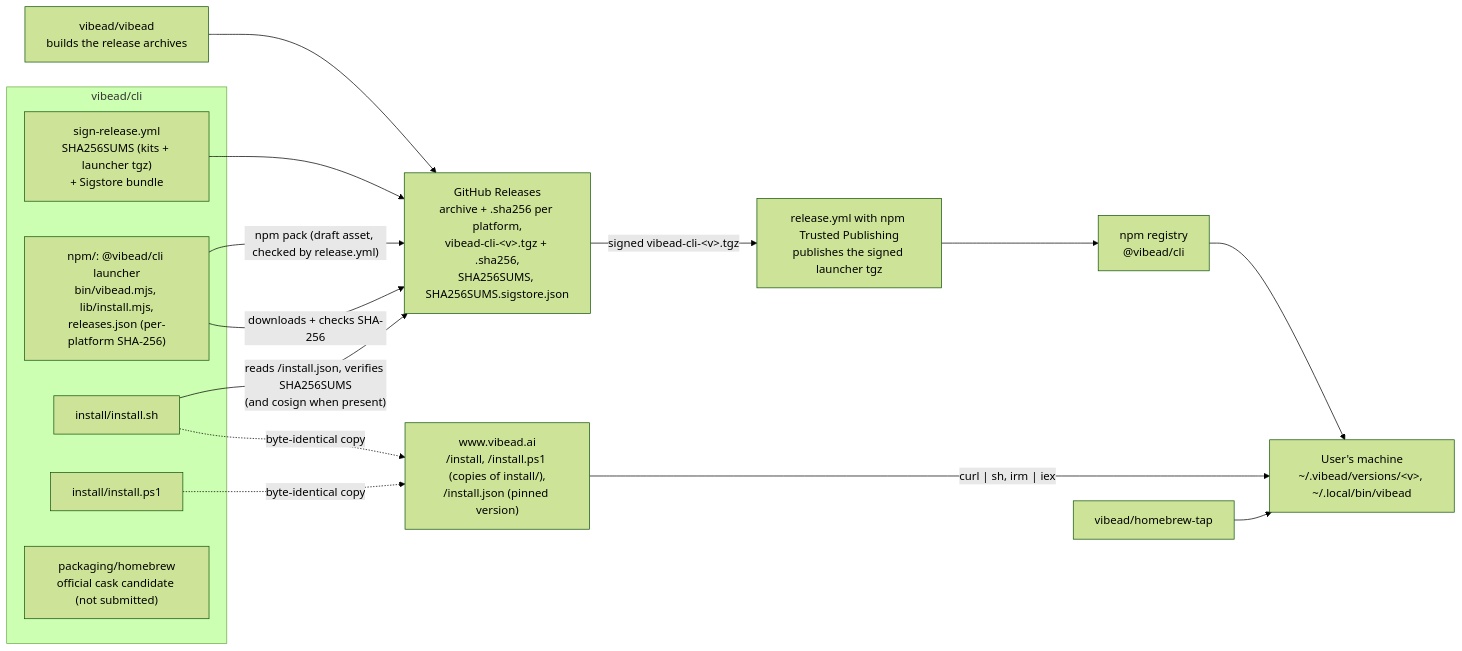
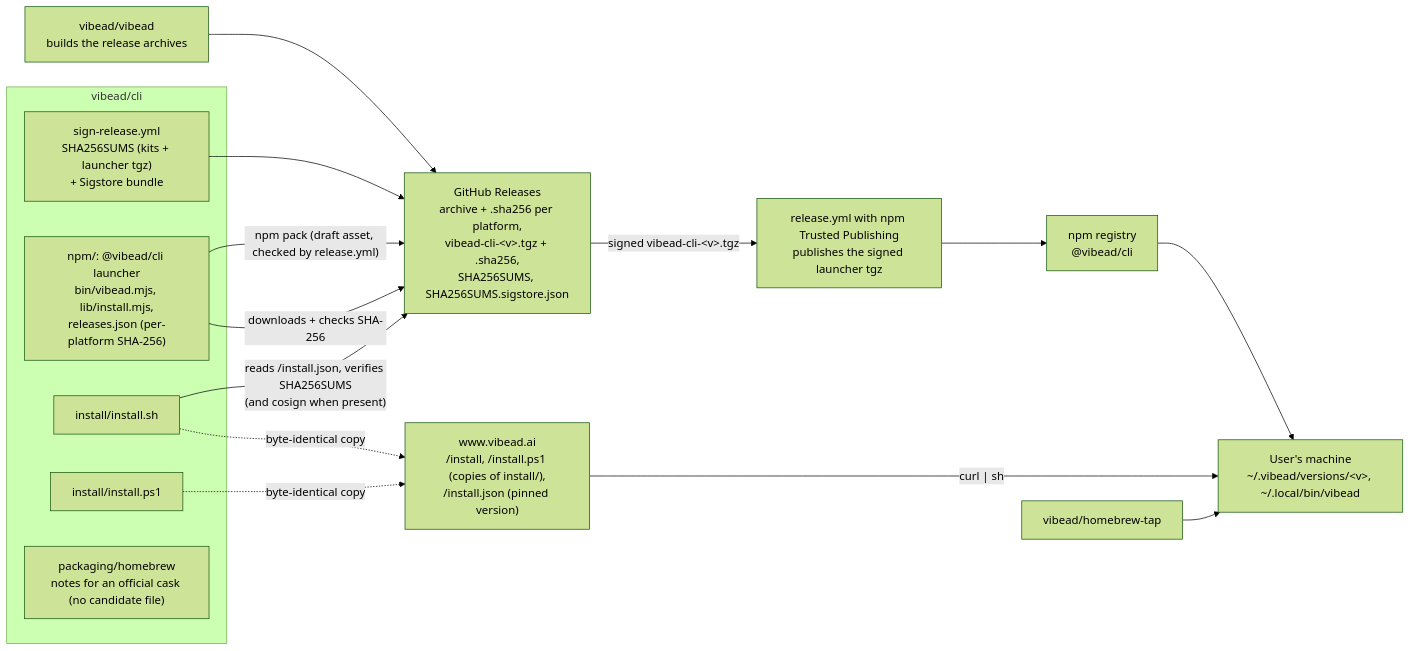
One commit to vibead/cli changed the first of 3 diagrams in docs/system-design/README.md. Above: the diagram before and after it, drawn with Mermaid (forest theme). The commit also changed other lines of this file and 31 other files, not shown here.

````diff
--- a/docs/system-design/README.md
+++ b/docs/system-design/README.md
@@ -19,31 +19,31 @@
 ```mermaid
 flowchart LR
   subgraph Repo["vibead/cli"]
     NPM["npm/: @vibead/cli launcher<br/>bin/vibead.mjs, lib/install.mjs,<br/>releases.json (per-platform SHA-256)"]
     SH["install/install.sh"]
     PS["install/install.ps1"]
     Sign["sign-release.yml<br/>SHA256SUMS (kits + launcher tgz)<br/>+ Sigstore bundle"]
-    Cask["packaging/homebrew<br/>official cask candidate (not submitted)"]
+    Cask["packaging/homebrew<br/>notes for an official cask (no candidate file)"]
   end
   Src["vibead/vibead<br/>builds the release archives"]
   Rel["GitHub Releases<br/>archive + .sha256 per platform,<br/>vibead-cli-&lt;v&gt;.tgz + .sha256,<br/>SHA256SUMS, SHA256SUMS.sigstore.json"]
   Reg["npm registry<br/>@vibead/cli"]
   Tap["vibead/homebrew-tap"]
   Site["www.vibead.ai<br/>/install, /install.ps1 (copies of install/),<br/>/install.json (pinned version)"]
   User["User's machine<br/>~/.vibead/versions/&lt;v&gt;, ~/.local/bin/vibead"]
   TP["release.yml with npm Trusted Publishing<br/>publishes the signed launcher tgz"]
 
   Src --> Rel
   Sign --> Rel
   NPM -- "npm pack (draft asset, checked by release.yml)" --> Rel
   Rel -- "signed vibead-cli-&lt;v&gt;.tgz" --> TP
   TP --> Reg
   Reg --> User
   NPM -- "downloads + checks SHA-256" --> Rel
-  Site -- "curl | sh, irm | iex" --> User
+  Site -- "curl | sh" --> User
   SH -. "byte-identical copy" .-> Site
   PS -. "byte-identical copy" .-> Site
   SH -- "reads /install.json, verifies SHA256SUMS<br/>(and cosign when present)" --> Rel
   Tap --> User
   classDef planned stroke-dasharray: 5 5,fill:#fafafa,color:#555
 ```
````
